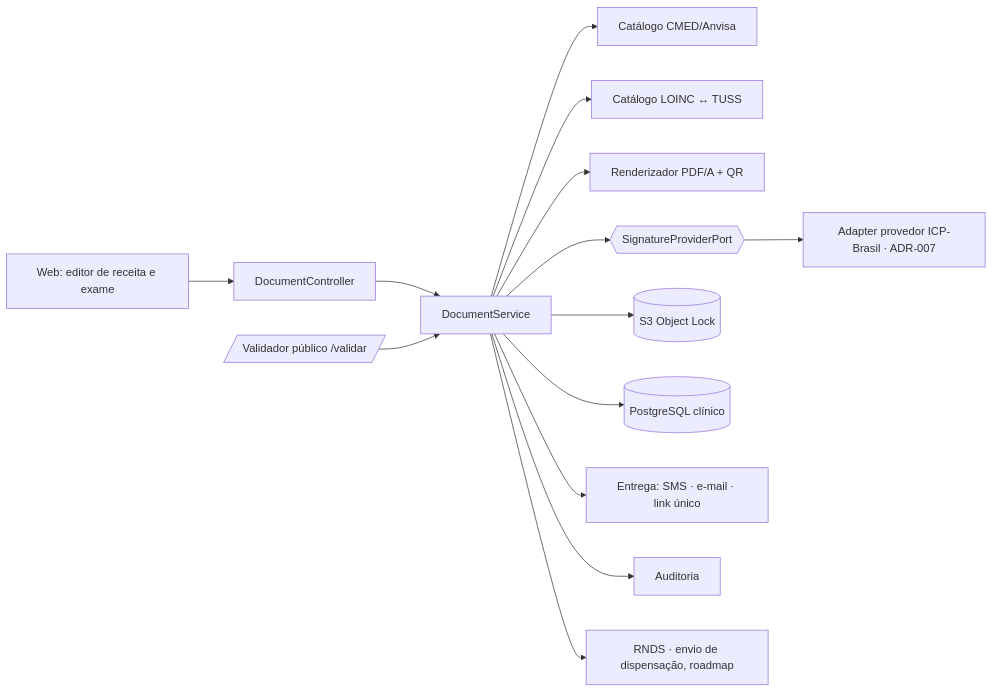
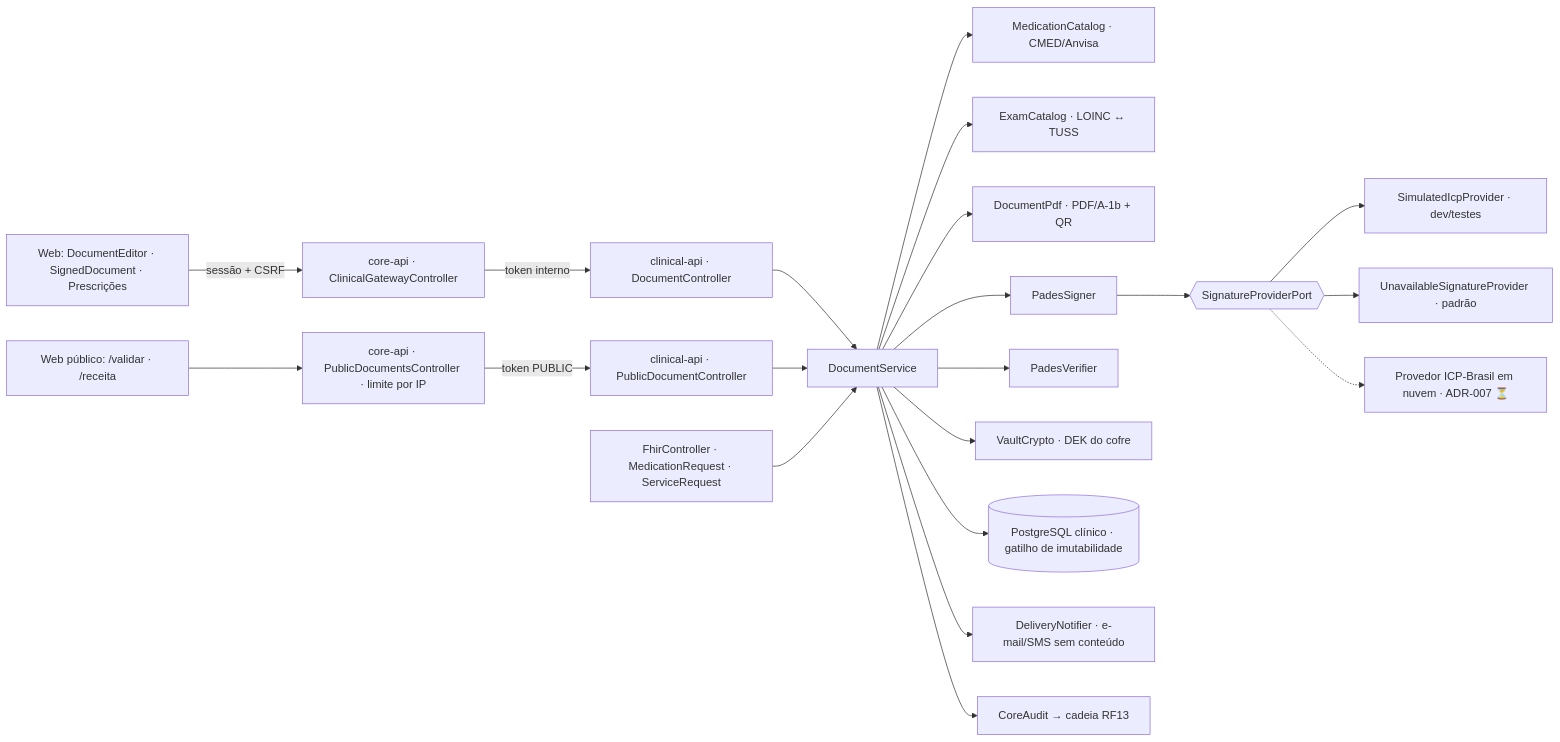
One commit to MatheusHaliski/doctor_explorer changed the fourth of 5 diagrams in docs/rf/RF09-prescricao-e-exames-icp.md. Above: the diagram before and after it, drawn with Mermaid. The commit also changed other lines of this file and 77 other files, not shown here.

First line of the commit message:
RF09: receita e pedido de exame em PDF/A com PAdES-B-T, QR, validador público e link de uso único

````diff
--- a/docs/rf/RF09-prescricao-e-exames-icp.md
+++ b/docs/rf/RF09-prescricao-e-exames-icp.md
@@ -157,16 +204,22 @@
 ```mermaid
 flowchart LR
-    UI[Web: editor de receita e exame] --> DC[DocumentController]
+    UI[Web: DocumentEditor · SignedDocument · Prescrições] -- sessão + CSRF --> GW[core-api · ClinicalGatewayController]
+    PUB[Web público: /validar · /receita] --> PDC[core-api · PublicDocumentsController · limite por IP]
+    GW -- token interno --> DC[clinical-api · DocumentController]
+    PDC -- token PUBLIC --> PC[clinical-api · PublicDocumentController]
     DC --> DS[DocumentService]
-    DS --> MED[Catálogo CMED/Anvisa]
-    DS --> LO[Catálogo LOINC ↔ TUSS]
-    DS --> PDF[Renderizador PDF/A + QR]
-    DS --> SP{{SignatureProviderPort}}
-    SP --> ICP[Adapter provedor ICP-Brasil · ADR-007]
-    DS --> S3[(S3 Object Lock)]
-    DS --> PGC[(PostgreSQL clínico)]
-    DS --> DL[Entrega: SMS · e-mail · link único]
-    PV[/Validador público /validar/] --> DS
-    DS --> AU[Auditoria]
-    DS --> RNDS[RNDS · envio de dispensação, roadmap]
+    PC --> DS
+    DS --> MED[MedicationCatalog · CMED/Anvisa]
+    DS --> LO[ExamCatalog · LOINC ↔ TUSS]
+    DS --> PDF[DocumentPdf · PDF/A-1b + QR]
+    DS --> PS[PadesSigner] --> SP{{SignatureProviderPort}}
+    SP --> SIM[SimulatedIcpProvider · dev/testes]
+    SP --> NA[UnavailableSignatureProvider · padrão]
+    SP -.-> ICP[Provedor ICP-Brasil em nuvem · ADR-007 ⏳]
+    DS --> PV[PadesVerifier]
+    DS --> VC[VaultCrypto · DEK do cofre]
+    DS --> PGC[(PostgreSQL clínico · gatilho de imutabilidade)]
+    DS --> DN[DeliveryNotifier · e-mail/SMS sem conteúdo]
+    DS --> CA[CoreAudit → cadeia RF13]
+    FH[FhirController · MedicationRequest · ServiceRequest] --> DS
 ```
````
